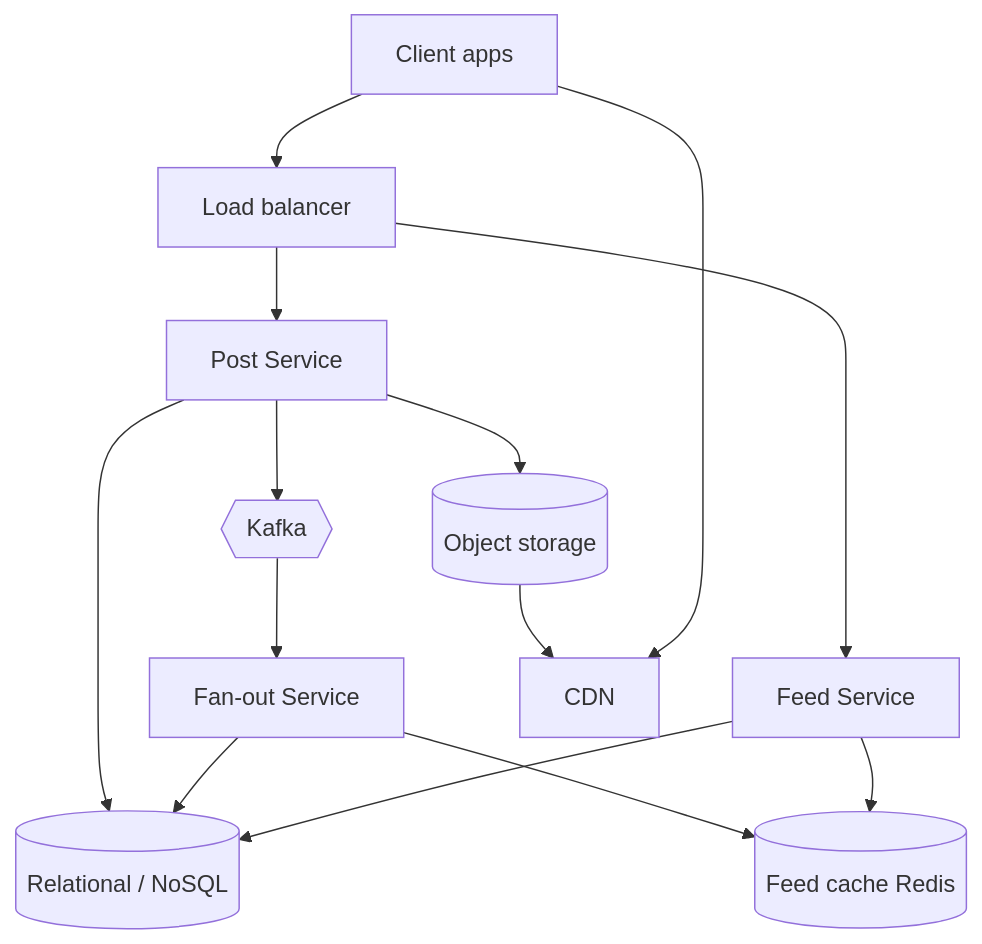
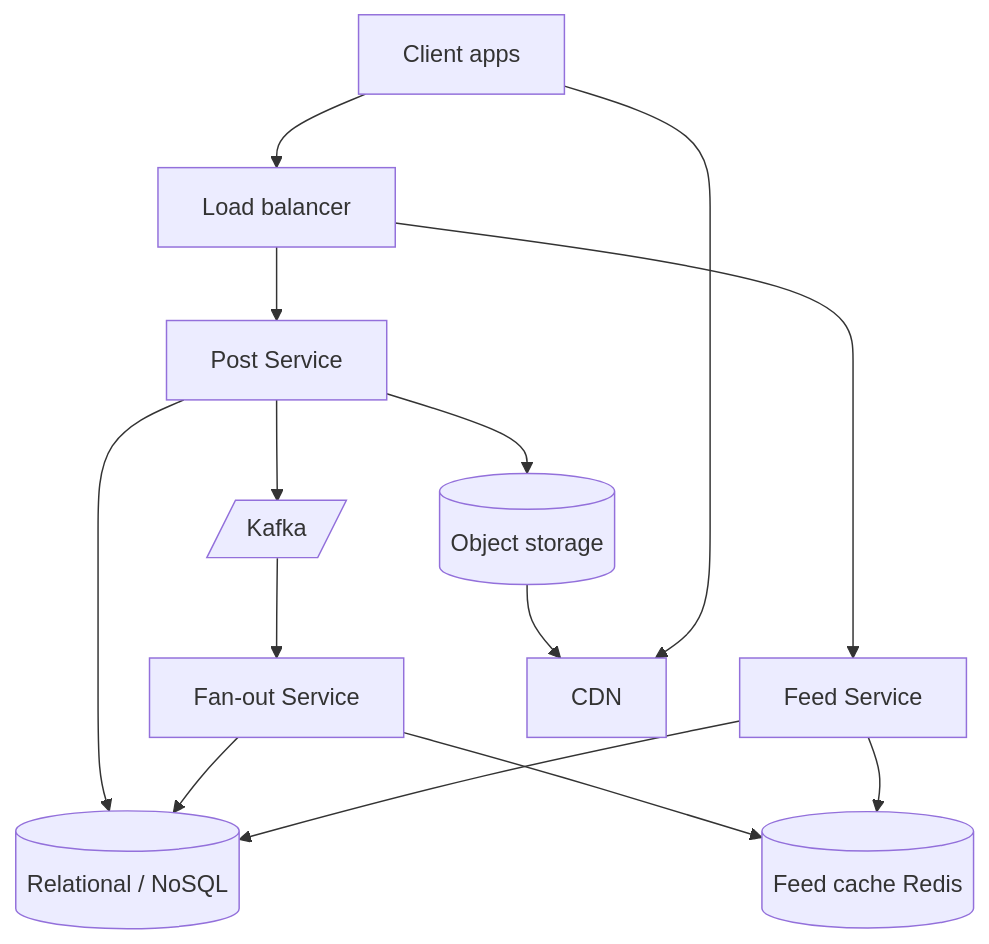
One commit to spawn08/system-design-interview changed the second of 10 diagrams in software_system_design/news_feed.md. Above: the diagram before and after it, drawn with Mermaid. The commit also changed 2 other files, not shown here.

Commit message:
Update metrics monitoring, news feed, and notification system documentation
- Added Python code snippets for shard calculation and query federation in metrics_monitoring.md to enhance clarity.
- Updated Kafka representation in news_feed.md for improved visual consistency.
- Refined notification templates in notification_system.md for better readability and formatting, including adjustments to placeholders in push and email bodies.

````diff
--- a/software_system_design/news_feed.md
+++ b/software_system_design/news_feed.md
@@ -203,27 +203,27 @@
 ```mermaid
 flowchart TB
     Client[Client apps]
     LB[Load balancer]
     PostAPI[Post Service]
     Fanout[Fan-out Service]
     FeedSvc[Feed Service]
-    Kafka{{Kafka}}
+    Kafka[/Kafka/]
     Redis[(Feed cache Redis)]
     DB[(Relational / NoSQL)]
     Obj[(Object storage)]
     CDN[CDN]
 
     Client --> LB
     LB --> PostAPI
     LB --> FeedSvc
     PostAPI --> DB
     PostAPI --> Obj
     PostAPI --> Kafka
     Kafka --> Fanout
     Fanout --> Redis
     Fanout --> DB
     FeedSvc --> Redis
     FeedSvc --> DB
     Obj --> CDN
     Client --> CDN
 ```
````
